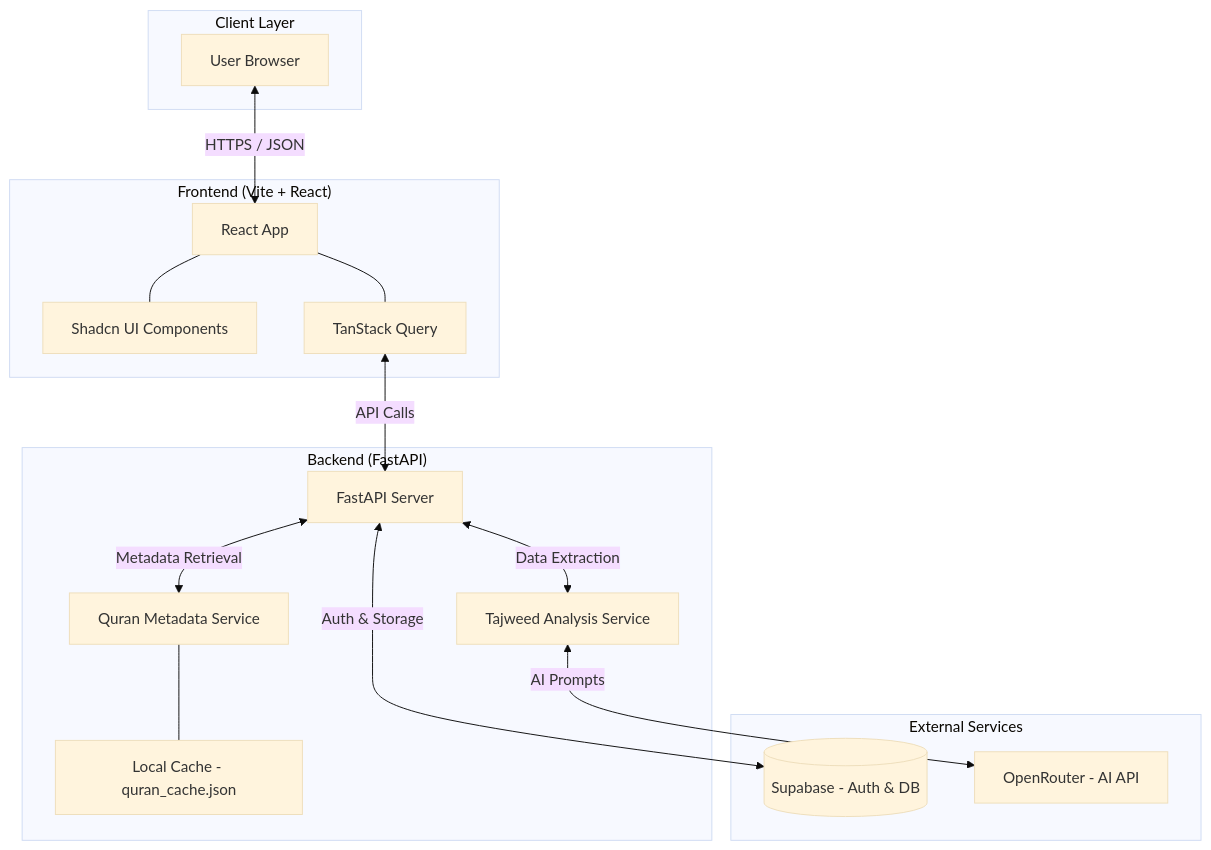
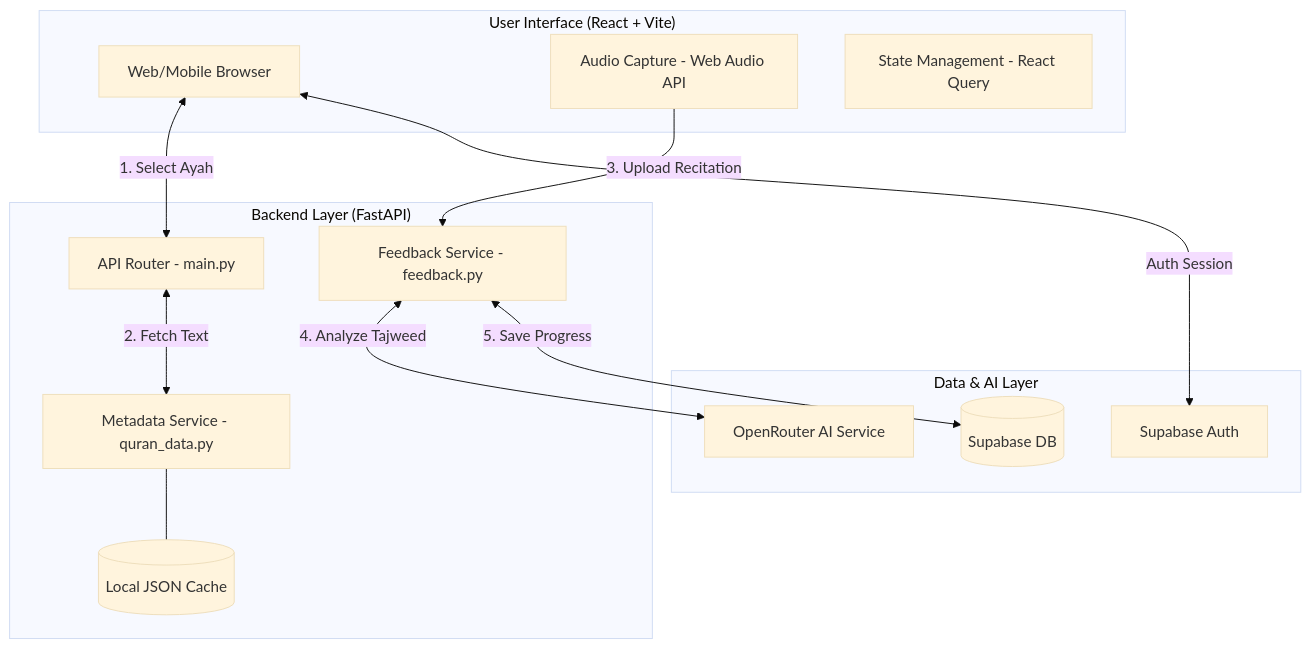
Before and after one commit to Hafiza-Laiba-Faisal/Yusr: the first of 2 diagrams in docs/architecture.md, drawn with Mermaid (base theme). The commit also changed other lines of this file, not shown here.

Commit message:
docs: expand architecture with detailed workflow and sequence diagrams

````diff
--- a/docs/architecture.md
+++ b/docs/architecture.md
@@ -5,35 +5,30 @@
 ```mermaid
 graph TD
-    subgraph Client ["Client Layer"]
-        A[User Browser]
+    subgraph Client ["User Interface (React + Vite)"]
+        A[Web/Mobile Browser]
+        B[Audio Capture - Web Audio API]
+        C[State Management - React Query]
     end
 
-    subgraph Frontend ["Frontend (Vite + React)"]
-        B[React App]
-        C[Shadcn UI Components]
-        D[TanStack Query]
+    subgraph API ["Backend Layer (FastAPI)"]
+        D[API Router - main.py]
+        E[Feedback Service - feedback.py]
+        F[Metadata Service - quran_data.py]
+        G[(Local JSON Cache)]
     end
 
-    subgraph Backend ["Backend (FastAPI)"]
-        E[FastAPI Server]
-        F[Tajweed Analysis Service]
-        G[Quran Metadata Service]
-        H[Local Cache - quran_cache.json]
+    subgraph Data ["Data & AI Layer"]
+        H[(Supabase DB)]
+        I[Supabase Auth]
+        J[OpenRouter AI Service]
     end
 
-    subgraph External ["External Services"]
-        I[(Supabase - Auth & DB)]
-        J[OpenRouter - AI API]
-    end
-
-    %% Relationships
-    A <-->|HTTPS / JSON| B
-    B --- C
-    B --- D
-    D <-->|API Calls| E
-    E <-->|Data Extraction| F
-    E <-->|Metadata Retrieval| G
-    G --- H
-    E <-->|Auth & Storage| I
-    F <-->|AI Prompts| J
+    %% Workflow Connections
+    A <-->|1. Select Ayah| D
+    D <-->|2. Fetch Text| F
+    F --- G
+    B -->|3. Upload Recitation| E
+    E <-->|4. Analyze Tajweed| J
+    E <-->|5. Save Progress| H
+    A <-->|Auth Session| I
 ```
````
